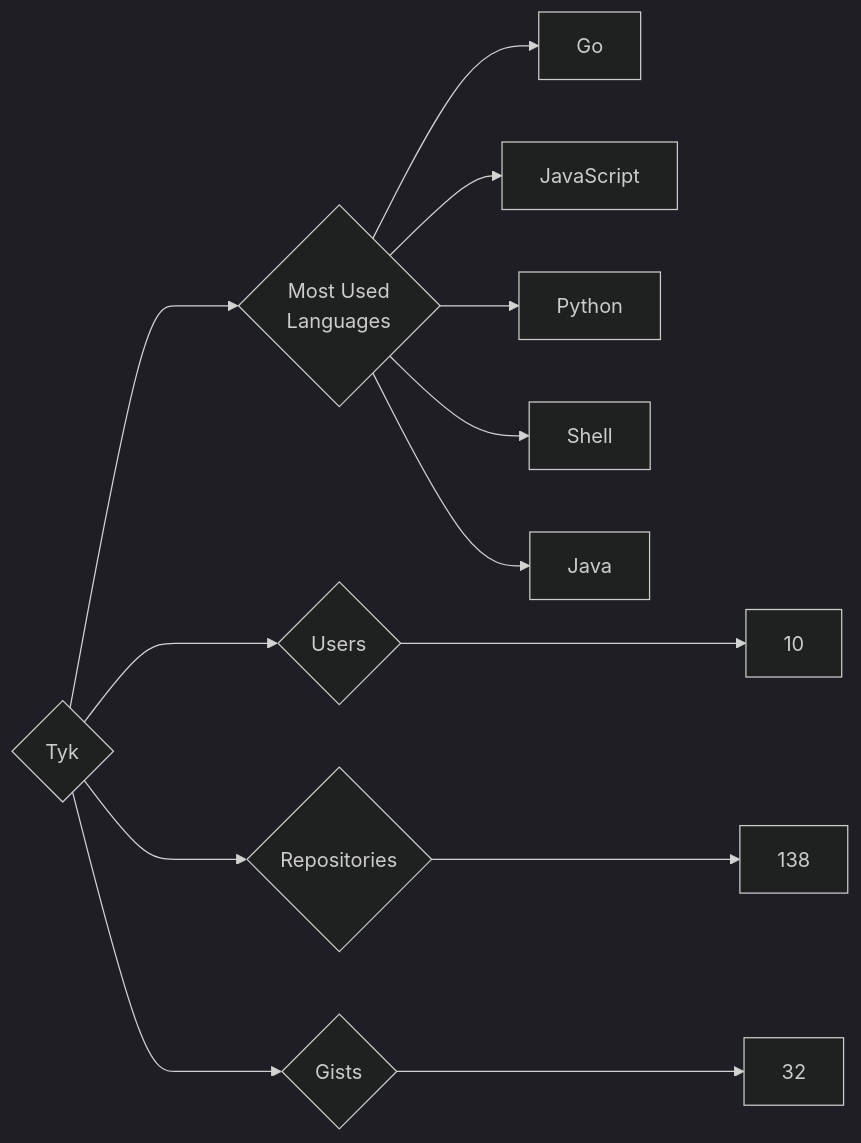
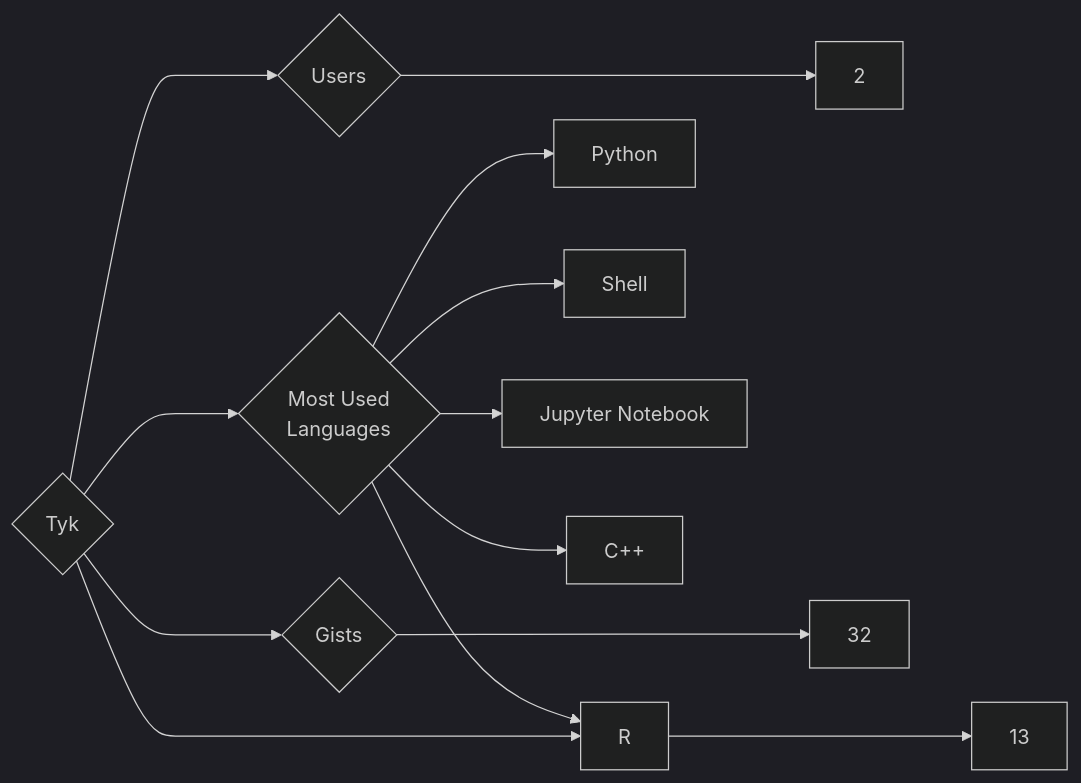
The diagram in targets/Tyk/README.md (trickest/insiders), drawn with Mermaid (dark theme) before and after one commit. The commit also changed 797 other files, not shown here.

````diff
--- a/targets/Tyk/README.md
+++ b/targets/Tyk/README.md
@@ -3,13 +3,13 @@
 ```mermaid
 graph LR
 COMPANY_NAME{Tyk}
-COMPANY_NAME ---> U{Users} ---> UN[10]
-COMPANY_NAME ---> R{Repositories} ---> RN[138]
+COMPANY_NAME ---> U{Users} ---> UN[2]
+COMPANY_NAME ---> R{Repositories} ---> RN[13]
 COMPANY_NAME ---> G{Gists} ---> GN[32]
 COMPANY_NAME ---> ML{Most Used<br>Languages}
-ML --> Go[Go]
-ML --> JavaScript[JavaScript]
 ML --> Python[Python]
 ML --> Shell[Shell]
-ML --> Java[Java]
+ML --> Jupyter_Notebook[Jupyter Notebook]
+ML --> C++[C++]
+ML --> R[R]
 ```
````
